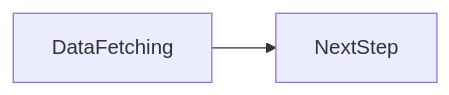
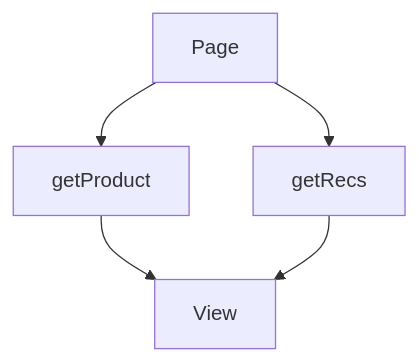
Before and after one commit to OmidJavaherii/Frontend-Engineering-Handbook: the second of 2 diagrams in docs/en/11-nextjs/data-fetching/index.md, drawn with Mermaid. The commit also changed other lines of this file and 461 other files, not shown here.

````diff
--- a/docs/en/11-nextjs/data-fetching/index.md
+++ b/docs/en/11-nextjs/data-fetching/index.md
@@ -94,4 +116,7 @@
 ```mermaid
-flowchart LR
-  concept[DataFetching] --> nextStep[NextStep]
+flowchart TD
+  Page --> A[getProduct]
+  Page --> B[getRecs]
+  A --> View
+  B --> View
 ```
````
